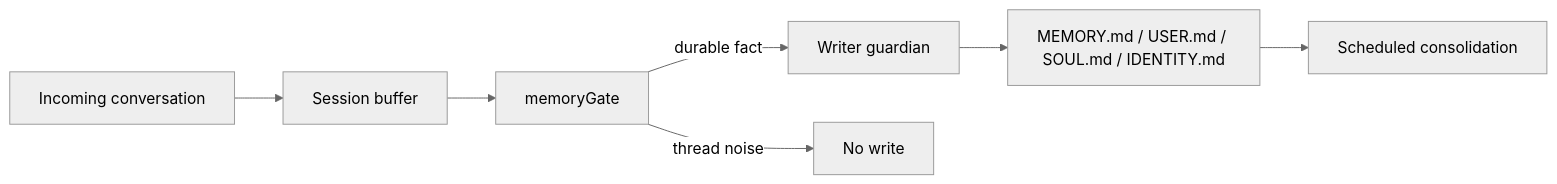
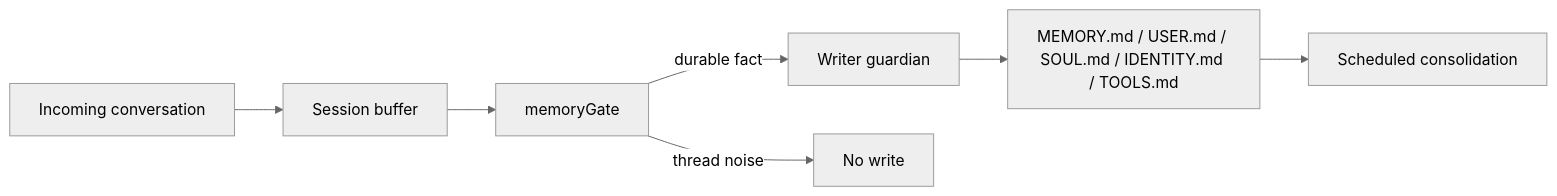
One commit to parkgogogo/openclaw-reflection changed the diagram in README.md. Above: the diagram before and after it, drawn with Mermaid (neutral theme). The commit also changed other lines of this file and 24 other files, not shown here.

````diff
--- a/README.md
+++ b/README.md
@@ -129,9 +129,9 @@
 ```mermaid
 flowchart LR
   A["Incoming conversation"] --> B["Session buffer"]
   B --> C["memoryGate"]
   C -->|durable fact| D["Writer guardian"]
   C -->|thread noise| E["No write"]
-  D --> F["MEMORY.md / USER.md / SOUL.md / IDENTITY.md"]
+  D --> F["MEMORY.md / USER.md / SOUL.md / IDENTITY.md / TOOLS.md"]
   F --> G["Scheduled consolidation"]
 ```
````
